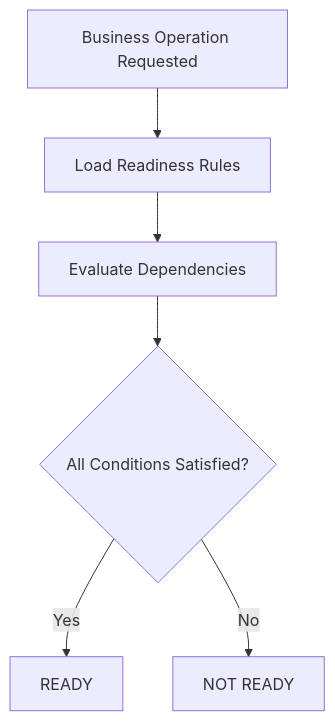
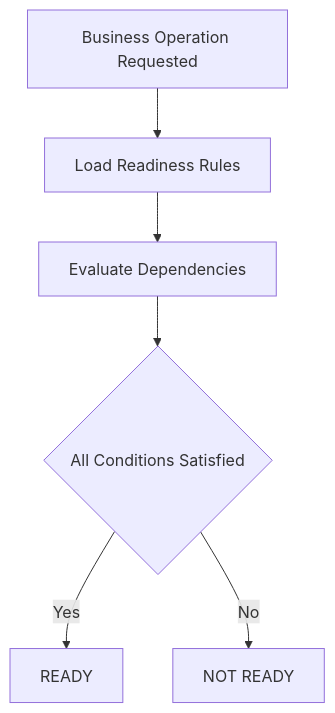
Diagram 20 of 42 in architecture/L1_Business_Domain_Architecture/SutraERP_L1_Business_Domain_Architecture_Locked.md (Varad1604/ERP_hark), drawn with Mermaid before and after one commit. The commit also changed 96 other files, not shown here.

````diff
--- a/architecture/L1_Business_Domain_Architecture/SutraERP_L1_Business_Domain_Architecture_Locked.md
+++ b/architecture/L1_Business_Domain_Architecture/SutraERP_L1_Business_Domain_Architecture_Locked.md
@@ -1495,15 +1495,15 @@
 ```mermaid
 flowchart TD
 
 A[Business Operation Requested]
 
 -->B[Load Readiness Rules]
 
 -->C[Evaluate Dependencies]
 
--->D{All Conditions Satisfied?}
+-->D{All Conditions Satisfied}
 
 D -->|Yes| E[READY]
 
 D -->|No| F[NOT READY]
 ```
````
